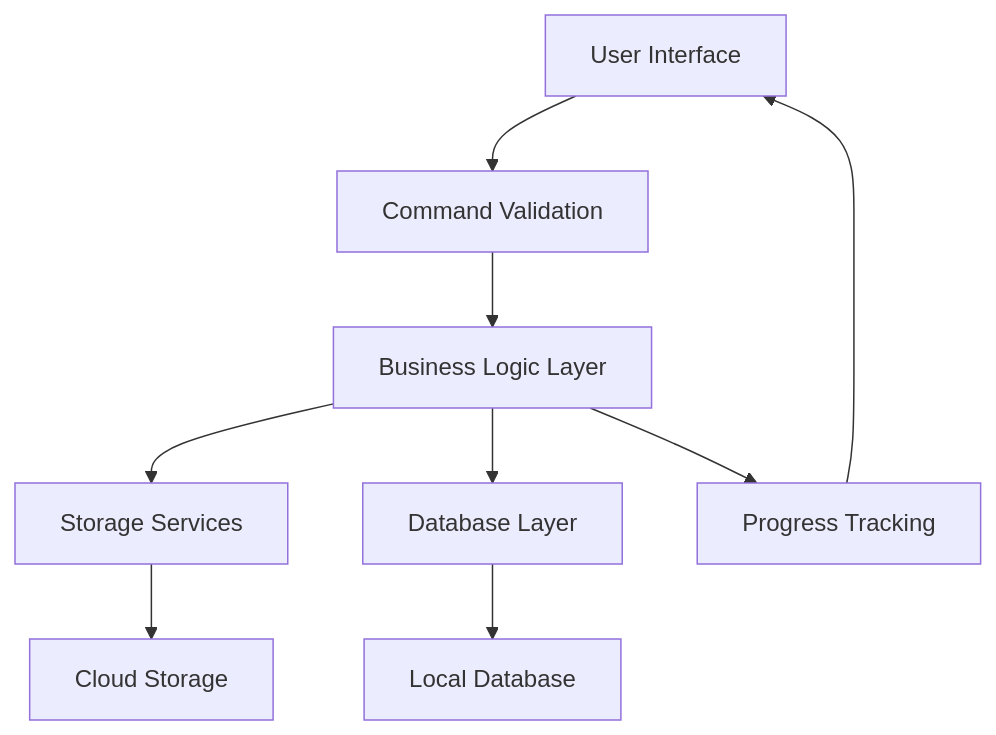
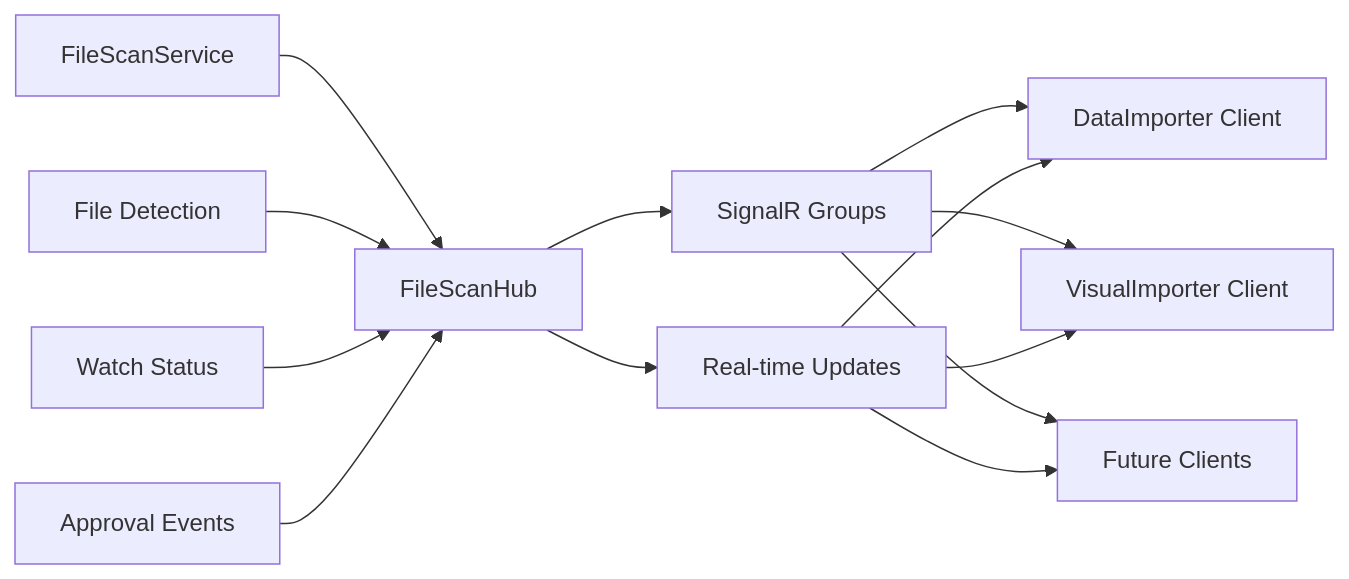
One commit to Al-Ummah-Now/AlUmmahNowTools changed the second of 3 diagrams in ARCHITECTURE.md. Above: the diagram before and after it, drawn with Mermaid. The commit also changed other lines of this file and 27 other files, not shown here.

````diff
--- a/ARCHITECTURE.md
+++ b/ARCHITECTURE.md
@@ -141,12 +189,18 @@
 ```mermaid
-graph TB
-    A[User Interface] --> B[Command Validation]
-    B --> C[Business Logic Layer]
-    C --> D[Storage Services]
-    C --> E[Database Layer]
-    D --> F[Cloud Storage]
-    E --> G[Local Database]
+graph LR
+    A[FileScanService] --> B[FileScanHub]
+    B --> C[SignalR Groups]
     
-    C --> H[Progress Tracking]
-    H --> A
+    C --> D[DataImporter Client]
+    C --> E[VisualImporter Client]
+    C --> F[Future Clients]
+    
+    G[File Detection] --> B
+    H[Watch Status] --> B
+    I[Approval Events] --> B
+    
+    B --> J[Real-time Updates]
+    J --> D
+    J --> E
+    J --> F
 ```
````
